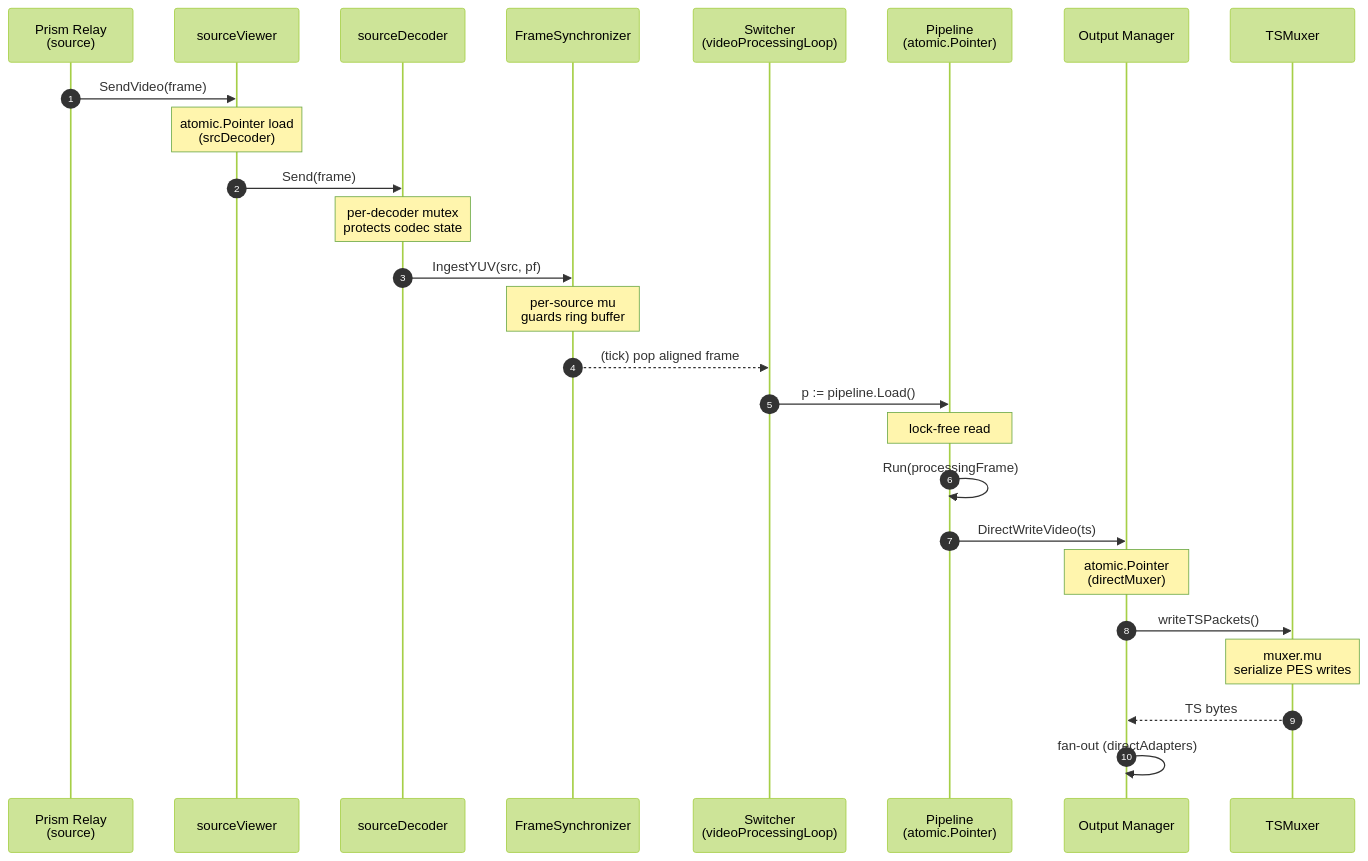
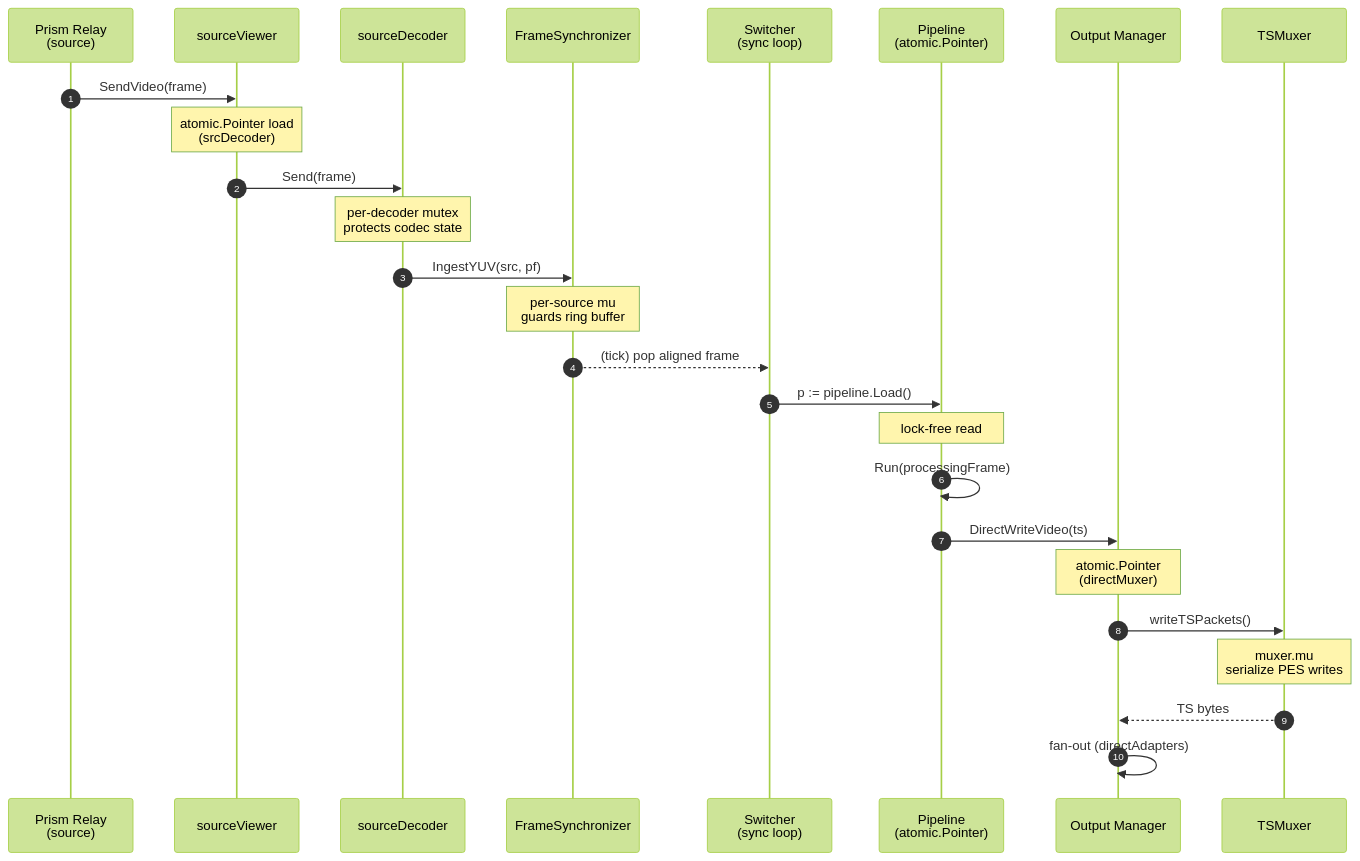
Before and after one commit to qvest-digital/dmf-mf-switchframe: the diagram in docs/concepts/locking-and-concurrency.md, drawn with Mermaid (forest theme). The commit also changed other lines of this file and 26 other files, not shown here.

````diff
--- a/docs/concepts/locking-and-concurrency.md
+++ b/docs/concepts/locking-and-concurrency.md
@@ -31,29 +31,29 @@
 ```mermaid
 sequenceDiagram
     autonumber
     participant Relay as Prism Relay<br/>(source)
     participant SV as sourceViewer
     participant SD as sourceDecoder
     participant FS as FrameSynchronizer
-    participant SW as Switcher<br/>(videoProcessingLoop)
+    participant SW as Switcher<br/>(sync loop)
     participant PL as Pipeline<br/>(atomic.Pointer)
     participant OM as Output Manager
     participant MUX as TSMuxer
 
     Relay->>SV: SendVideo(frame)
     Note over SV: atomic.Pointer load<br/>(srcDecoder)
     SV->>SD: Send(frame)
     Note over SD: per-decoder mutex<br/>protects codec state
     SD->>FS: IngestYUV(src, pf)
     Note over FS: per-source mu<br/>guards ring buffer
     FS-->>SW: (tick) pop aligned frame
     SW->>PL: p := pipeline.Load()
     Note over PL: lock-free read
     PL->>PL: Run(processingFrame)
     PL->>OM: DirectWriteVideo(ts)
     Note over OM: atomic.Pointer<br/>(directMuxer)
     OM->>MUX: writeTSPackets()
     Note over MUX: muxer.mu<br/>serialize PES writes
     MUX-->>OM: TS bytes
     OM->>OM: fan-out (directAdapters)
 ```
````
